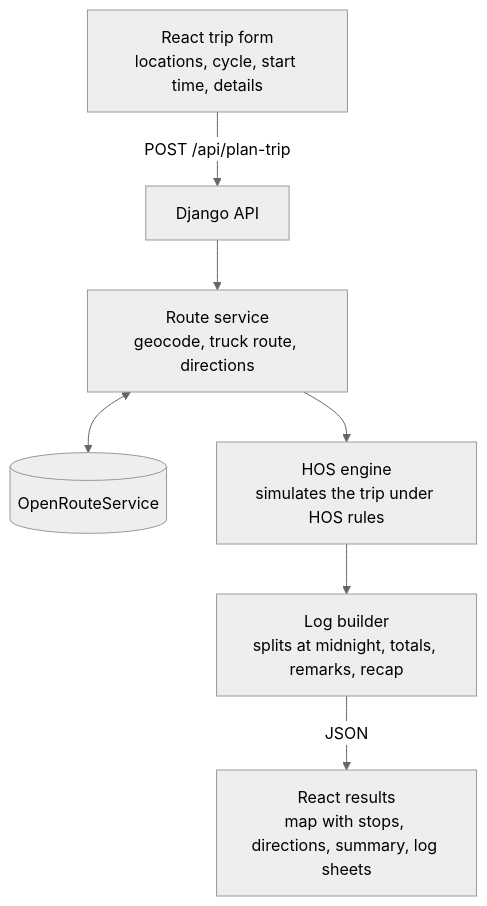
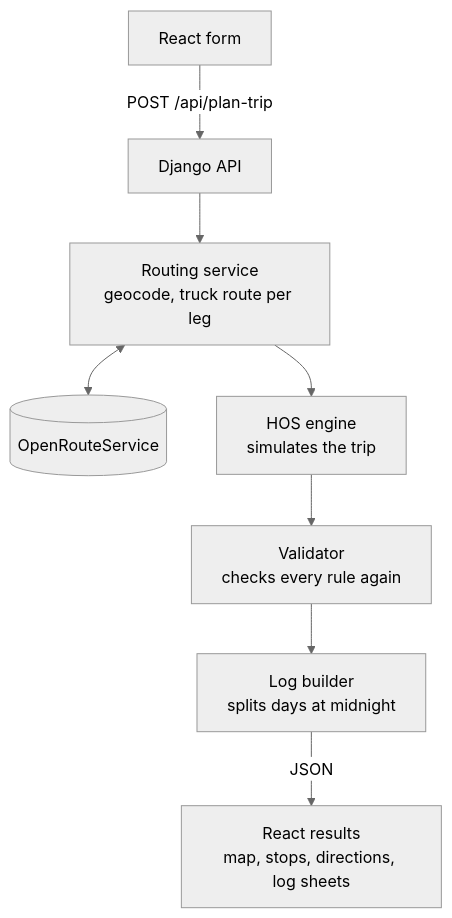
The first of 2 diagrams in README.md (ruaa-diab/eld-trip-planner), drawn with Mermaid (neutral theme) before and after one commit. The commit also changed other lines of this file, not shown here.

````diff
--- a/README.md
+++ b/README.md
@@ -30,9 +28,10 @@
 ```mermaid
 flowchart TD
-  A[React trip form<br/>locations, cycle, start time, details] -->|POST /api/plan-trip| B[Django API]
-  B --> C[Route service<br/>geocode, truck route, directions]
+  A[React form] -->|POST /api/plan-trip| B[Django API]
+  B --> C[Routing service<br/>geocode, truck route per leg]
   C <--> D[(OpenRouteService)]
-  C --> E[HOS engine<br/>simulates the trip under HOS rules]
-  E --> F[Log builder<br/>splits at midnight, totals, remarks, recap]
-  F -->|JSON| G[React results<br/>map with stops, directions, summary, log sheets]
+  C --> E[HOS engine<br/>simulates the trip]
+  E --> V[Validator<br/>checks every rule again]
+  V --> F[Log builder<br/>splits days at midnight]
+  F -->|JSON| G[React results<br/>map, stops, directions, log sheets]
 ```
````
